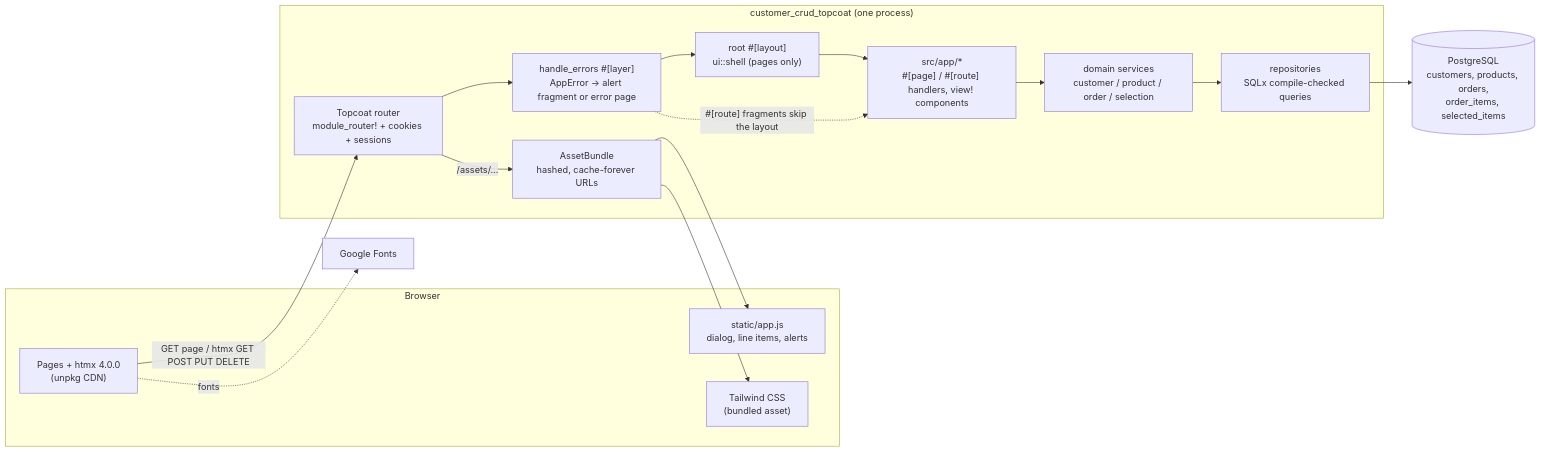
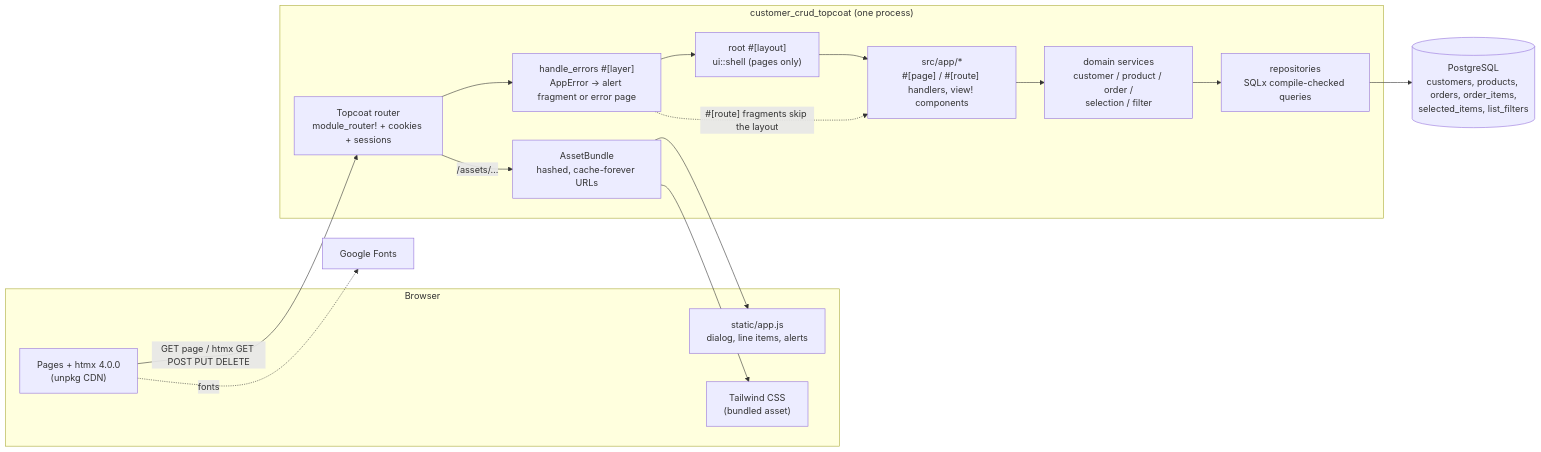
The first of 3 diagrams in docs/architecture.md (bunyawats/customer_crud_topcoat), drawn with Mermaid before and after one commit. The commit also changed other lines of this file and 67 other files, not shown here.

First line of the commit message:
Add list search with criteria kept in a server-side filter object

````diff
--- a/docs/architecture.md
+++ b/docs/architecture.md
@@ -16,29 +16,29 @@
 ```mermaid
 flowchart LR
     subgraph Browser
         html["Pages + htmx 4.0.0<br/>(unpkg CDN)"]
         js["static/app.js<br/>dialog, line items, alerts"]
         css["Tailwind CSS<br/>(bundled asset)"]
     end
 
     subgraph Server["customer_crud_topcoat (one process)"]
         router["Topcoat router<br/>module_router! + cookies + sessions"]
         errors["handle_errors #[layer]<br/>AppError → alert fragment or error page"]
         layout["root #[layout]<br/>ui::shell (pages only)"]
         web["src/app/*<br/>#[page] / #[route] handlers, view! components"]
-        domain["domain services<br/>customer / product / order / selection"]
+        domain["domain services<br/>customer / product / order /<br/>selection / filter"]
         repos["repositories<br/>SQLx compile-checked queries"]
         assets["AssetBundle<br/>hashed, cache-forever URLs"]
     end
 
-    db[("PostgreSQL<br/>customers, products, orders,<br/>order_items, selected_items")]
+    db[("PostgreSQL<br/>customers, products, orders, order_items,<br/>selected_items, list_filters")]
     fonts["Google Fonts"]
 
     html -- "GET page / htmx GET POST PUT DELETE" --> router
     router --> errors --> layout --> web
     errors -. "#[route] fragments skip the layout" .-> web
     web --> domain --> repos --> db
     router -- "/assets/…" --> assets
     assets --> css & js
     html -. "fonts" .-> fonts
 ```
````
